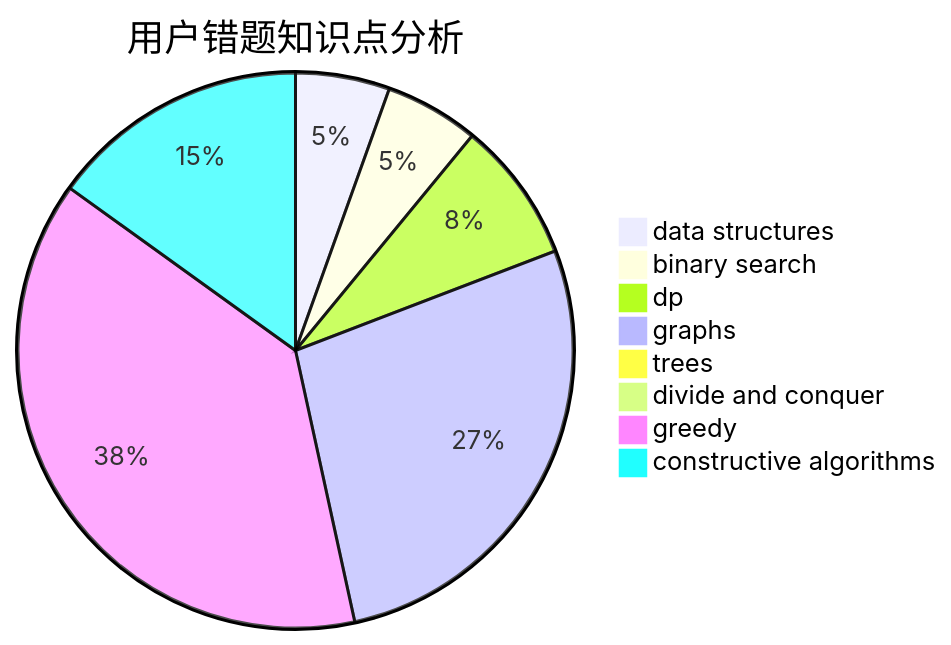
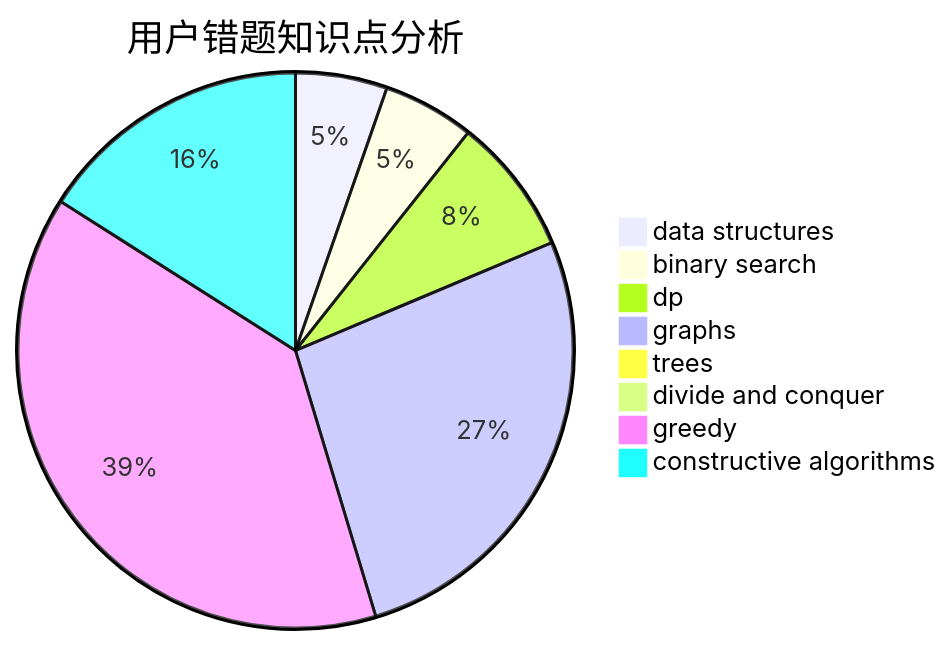
The third of 3 diagrams in docs/user/u2166.md (sherpahu/cfrs.github.io), drawn with Mermaid before and after one commit. The commit also changed other lines of this file and 2770 other files, not shown here.

````diff
--- a/docs/user/u2166.md
+++ b/docs/user/u2166.md
@@ -36,11 +36,11 @@
 ```mermaid
 pie title 用户错题知识点分析
     "data structures" :  4
     "binary search" :  4
     "dp" :  6
     "graphs" :  20
     "trees" :  0
     "divide and conquer" :  0
-    "greedy" :  28
-    "constructive algorithms" :  11
+    "greedy" :  29
+    "constructive algorithms" :  12
 ```
````
